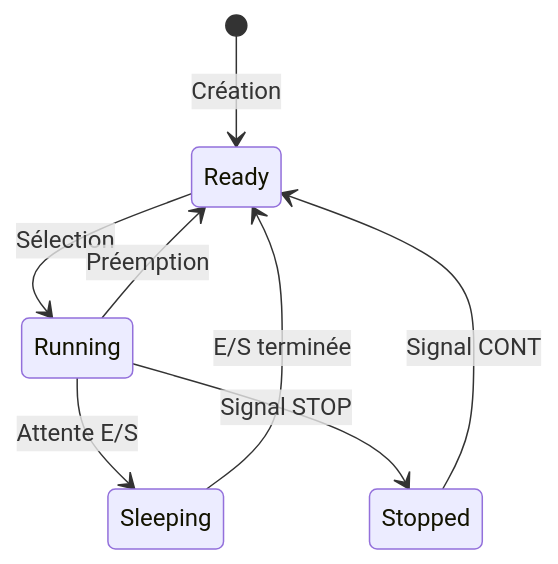
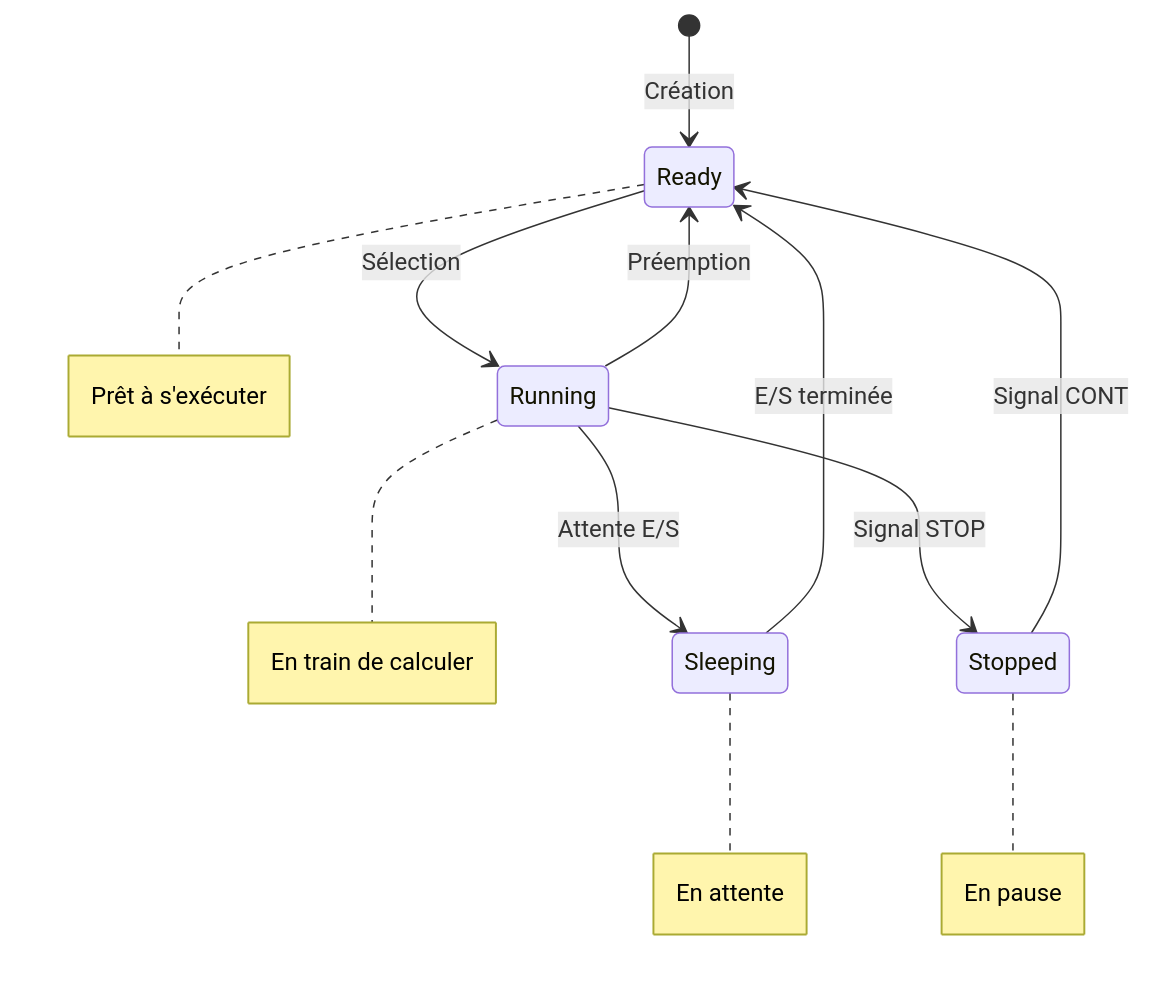
The diagram in docs/activites/etats.md (manastria/proclab-unix-docs), drawn with Mermaid before and after one commit. The commit also changed other lines of this file, not shown here.

````diff
--- a/docs/activites/etats.md
+++ b/docs/activites/etats.md
@@ -24,10 +171,15 @@
 ```mermaid
 stateDiagram-v2
     [*] --> Ready : Création
     Ready --> Running : Sélection
     Running --> Ready : Préemption
     Running --> Sleeping : Attente E/S
     Sleeping --> Ready : E/S terminée
     Running --> Stopped : Signal STOP
     Stopped --> Ready : Signal CONT
+
+    note right of Ready : Prêt à s'exécuter
+    note right of Running : En train de calculer
+    note right of Sleeping : En attente
+    note right of Stopped : En pause
 ```
````
